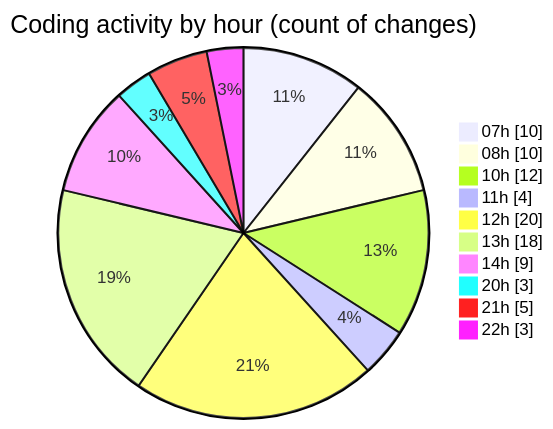
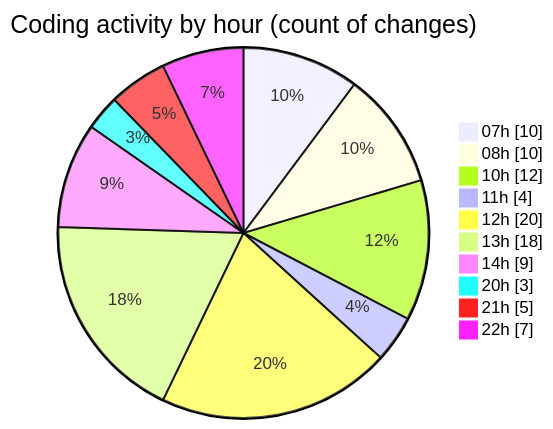
Before and after one commit to tmsrecording-cyber/code-tracking: the second of 2 diagrams in 2026-02-08/singularitybrainai/README.md, drawn with Mermaid. The commit also changed other lines of this file and 1 other file, not shown here.

````diff
--- a/2026-02-08/singularitybrainai/README.md
+++ b/2026-02-08/singularitybrainai/README.md
@@ -46,14 +47,14 @@
 ```mermaid
 pie showData
 title Coding activity by hour (count of changes)
 "07h" : 10
 "08h" : 10
 "10h" : 12
 "11h" : 4
 "12h" : 20
 "13h" : 18
 "14h" : 9
 "20h" : 3
 "21h" : 5
-"22h" : 3
+"22h" : 7
 ```
````
